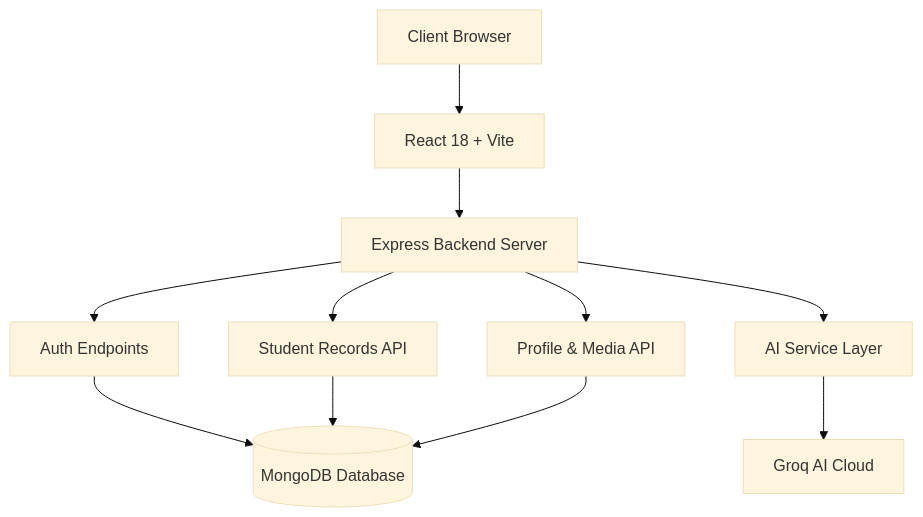
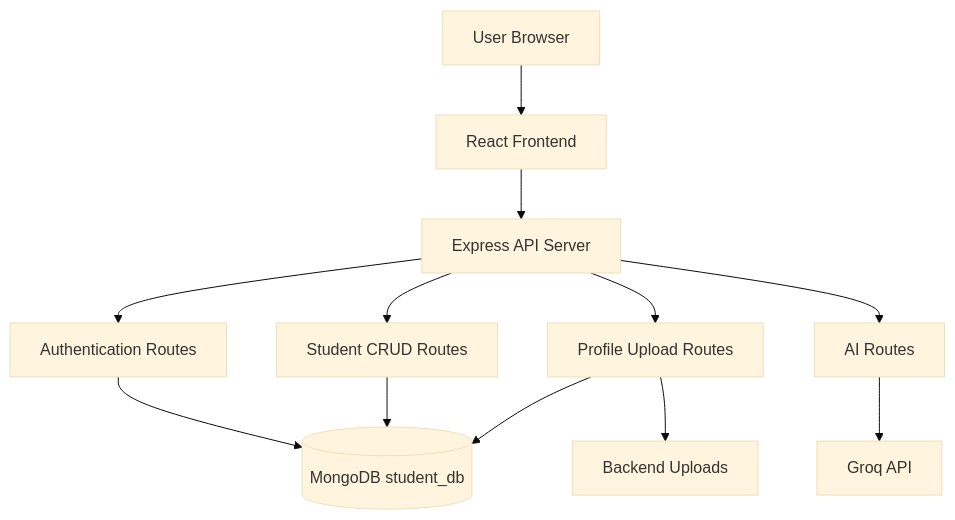
Before and after one commit to RAHULRAJPAL75/AI-Enhanced-Student-Registration-Form: the first of 2 diagrams in README.md, drawn with Mermaid (base theme). The commit also changed other lines of this file, not shown here.

````diff
--- a/README.md
+++ b/README.md
@@ -72,13 +100,14 @@
 ```mermaid
 flowchart TD
-    Browser[Client Browser] --> Frontend[React 18 + Vite]
-    Frontend --> Express[Express Backend Server]
-    Express --> AuthAPI[Auth Endpoints]
-    Express --> StudentAPI[Student Records API]
-    Express --> ProfileAPI[Profile & Media API]
-    Express --> AIAPI[AI Service Layer]
-    AuthAPI --> MongoDB[(MongoDB Database)]
-    StudentAPI --> MongoDB
-    ProfileAPI --> MongoDB
-    AIAPI --> GroqService[Groq AI Cloud]
+	Browser[User Browser] --> React[React Frontend]
+	React --> Express[Express API Server]
+	Express --> Auth[Authentication Routes]
+	Express --> Student[Student CRUD Routes]
+	Express --> Profile[Profile Upload Routes]
+	Express --> AI[AI Routes]
+	Auth --> Mongo[(MongoDB student_db)]
+	Student --> Mongo
+	Profile --> Mongo
+	Profile --> Files[Backend Uploads]
+	AI --> Groq[Groq API]
 ```
````
